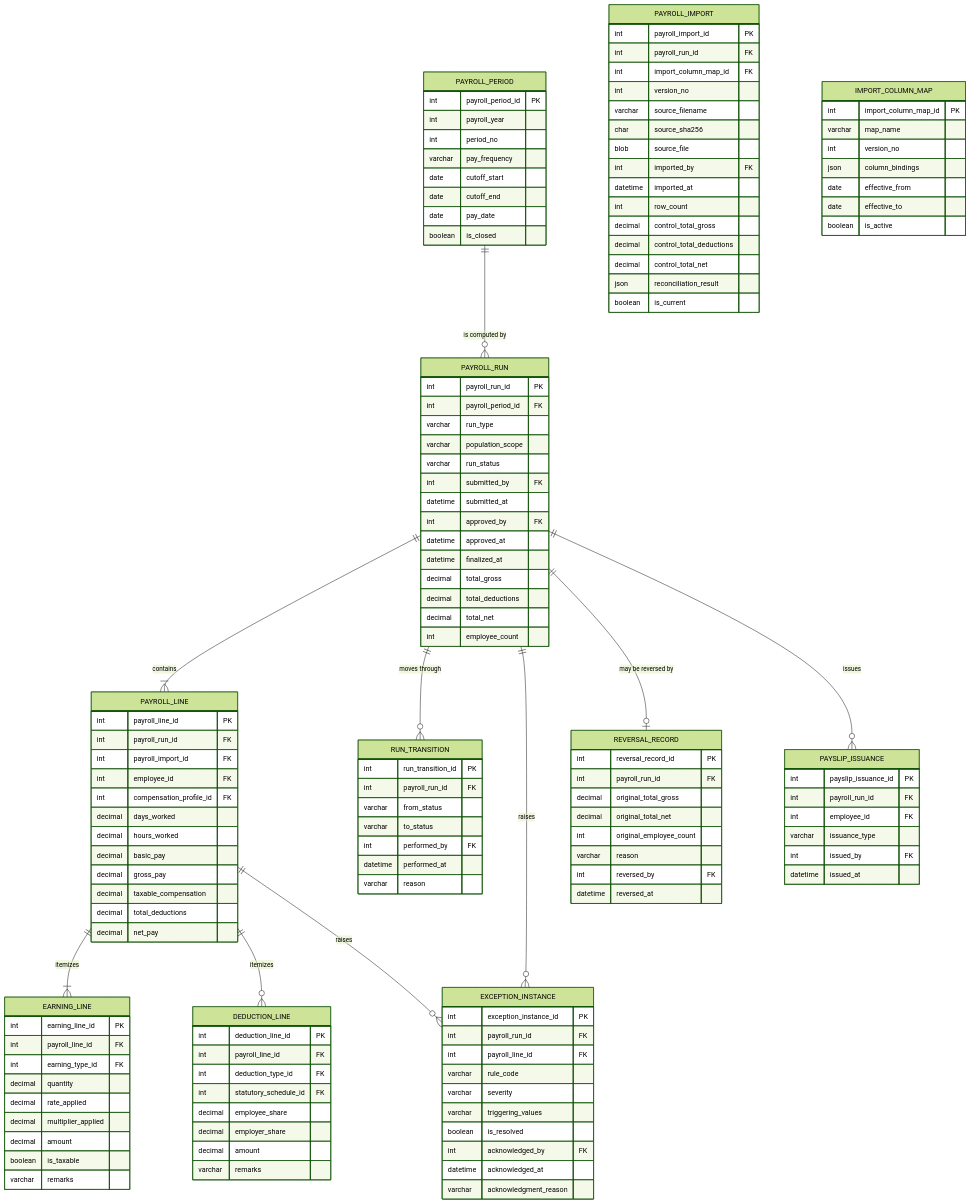
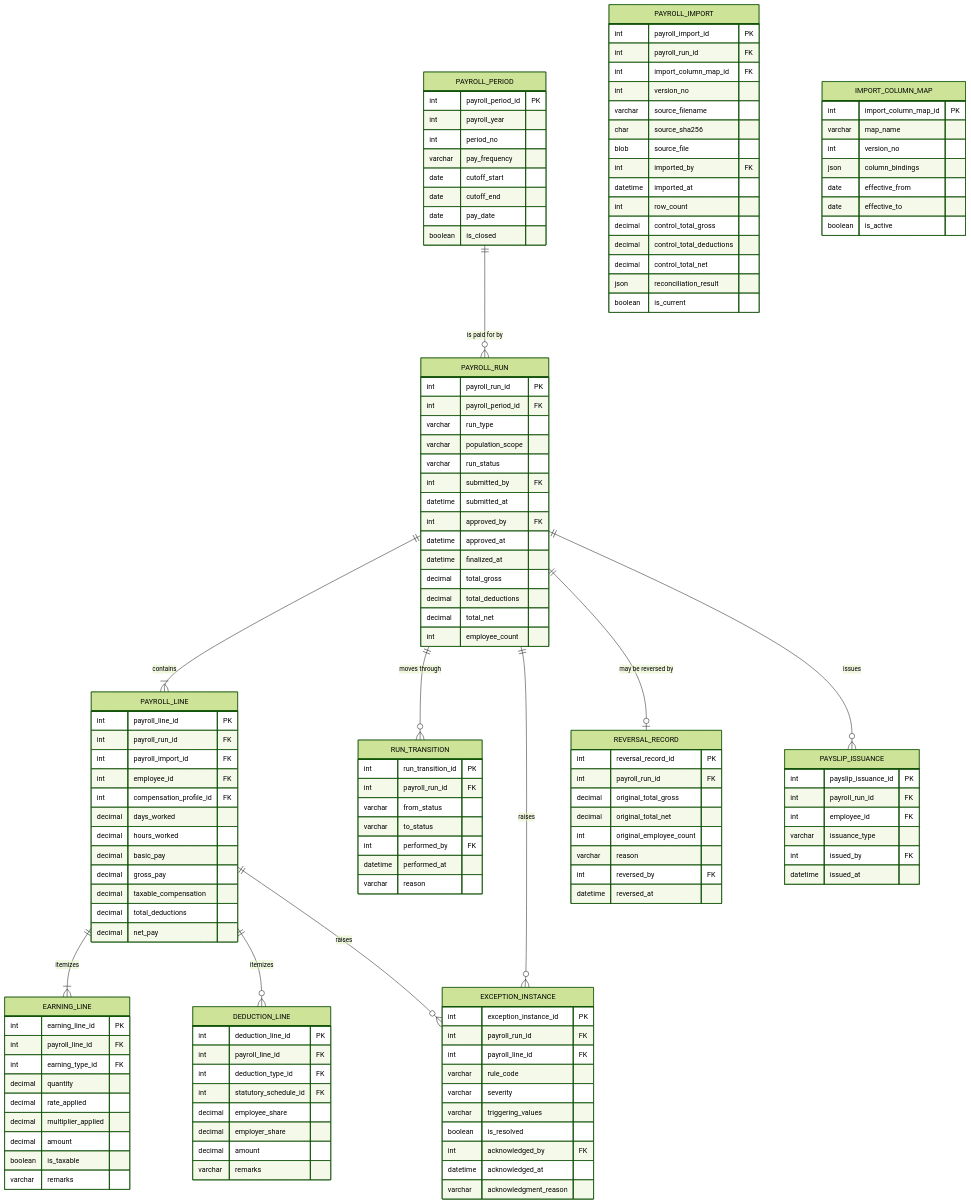
Before and after one commit to rjfat/municipal-payroll-system: the sixth of 8 diagrams in docs/data-model.md, drawn with Mermaid (forest theme). The commit also changed other lines of this file and 6 other files, not shown here.

```diff
--- a/docs/data-model.md
+++ b/docs/data-model.md
@@ -609,7 +609,7 @@
         datetime issued_at
     }
 
-    PAYROLL_PERIOD ||--o{ PAYROLL_RUN : "is computed by"
+    PAYROLL_PERIOD ||--o{ PAYROLL_RUN : "is paid for by"
     PAYROLL_RUN ||--|{ PAYROLL_LINE : "contains"
     PAYROLL_LINE ||--|{ EARNING_LINE : "itemizes"
     PAYROLL_LINE ||--o{ DEDUCTION_LINE : "itemizes"
```
